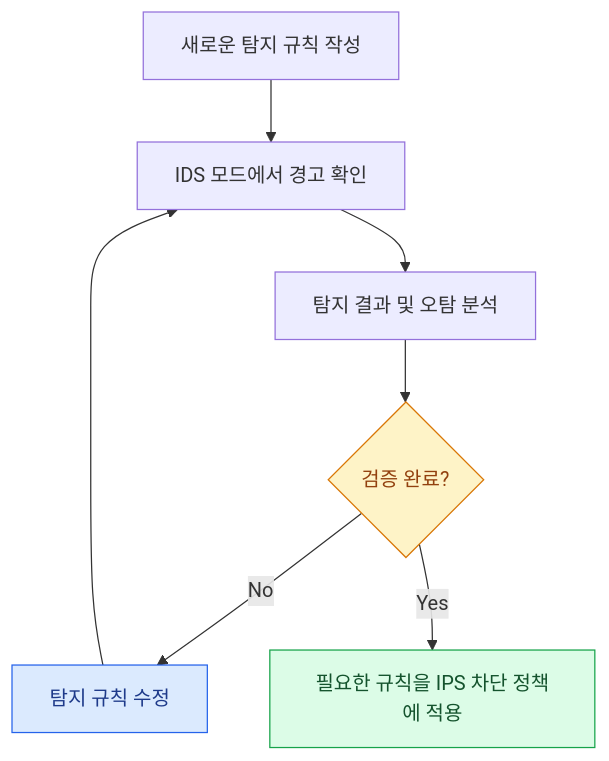
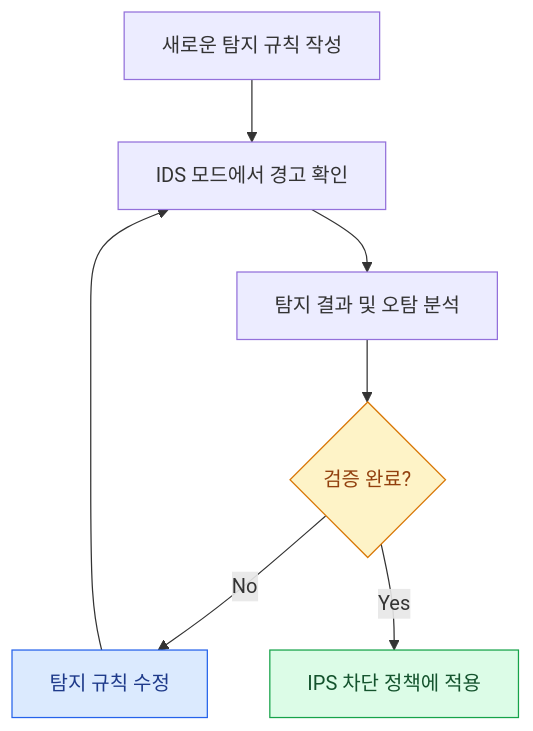
One commit to jjihhwaan/jjihhwaan.github.io changed the eighth of 8 diagrams in _posts/2026-11-27-ids-ips.md. Above: the diagram before and after it, drawn with Mermaid. The commit also changed other lines of this file, not shown here.

Commit message:
Fix Mermaid diagram rendering in IDS and IPS post

````diff
--- a/_posts/2026-11-27-ids-ips.md
+++ b/_posts/2026-11-27-ids-ips.md
@@ -887,14 +888,14 @@
 ```mermaid
 flowchart TB
     A["새로운 탐지 규칙 작성"]
     A --> B["IDS 모드에서 경고 확인"]
     B --> C["탐지 결과 및 오탐 분석"]
     C --> D{"검증 완료?"}
     D -->|No| E["탐지 규칙 수정"]
     E --> B
-    D -->|Yes| F["필요한 규칙을 IPS 차단 정책에 적용"]
+    D -->|Yes| F["IPS 차단 정책에 적용"]
 
     style D fill:#fef3c7,stroke:#d97706,color:#92400e
     style E fill:#dbeafe,stroke:#2563eb,color:#1e3a8a
     style F fill:#dcfce7,stroke:#16a34a,color:#14532d
 ```
````
